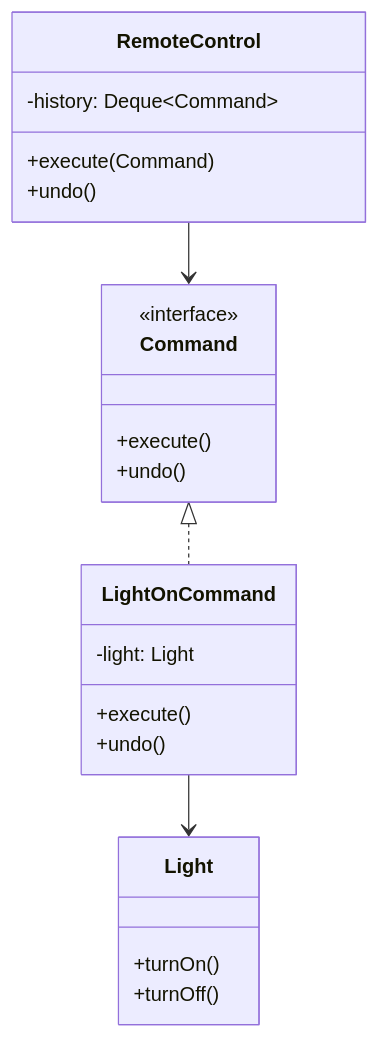
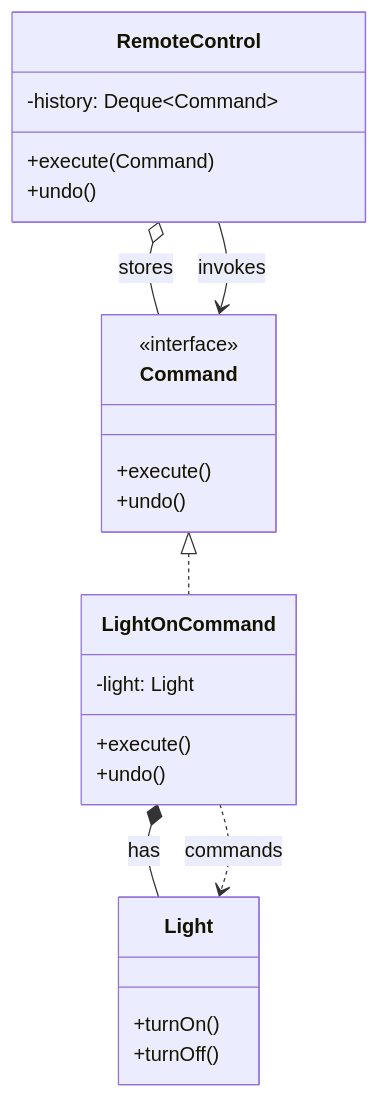
Before and after one commit to welldesignedsystem/welldesignedsystem.github.io: diagram 14 of 23 in content/english/blog/system_design/core_design_patterns.md, drawn with Mermaid. The commit also changed other lines of this file and 1 other file, not shown here.

````diff
--- a/content/english/blog/system_design/core_design_patterns.md
+++ b/content/english/blog/system_design/core_design_patterns.md
@@ -1100,25 +1122,27 @@
 ```mermaid
 classDiagram
     class Command {
         <<interface>>
         +execute()
         +undo()
     }
     class LightOnCommand {
         -light: Light
         +execute()
         +undo()
     }
     class Light {
         +turnOn()
         +turnOff()
     }
     class RemoteControl {
         -history: Deque~Command~
         +execute(Command)
         +undo()
     }
     Command <|.. LightOnCommand
-    LightOnCommand --> Light
-    RemoteControl --> Command
+    LightOnCommand *-- Light : has
+    RemoteControl o-- Command : stores
+    RemoteControl --> Command : invokes
+    LightOnCommand ..> Light : commands
 ```
````
